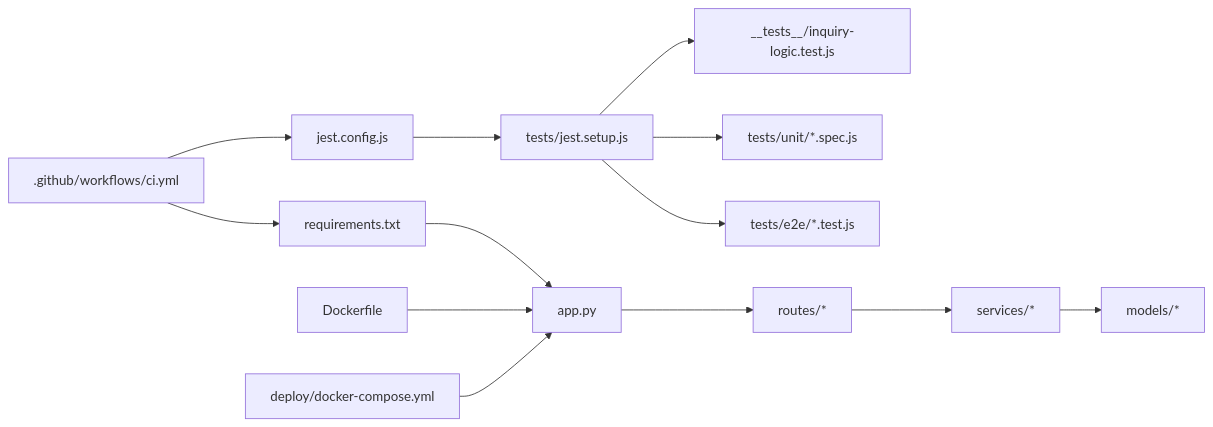
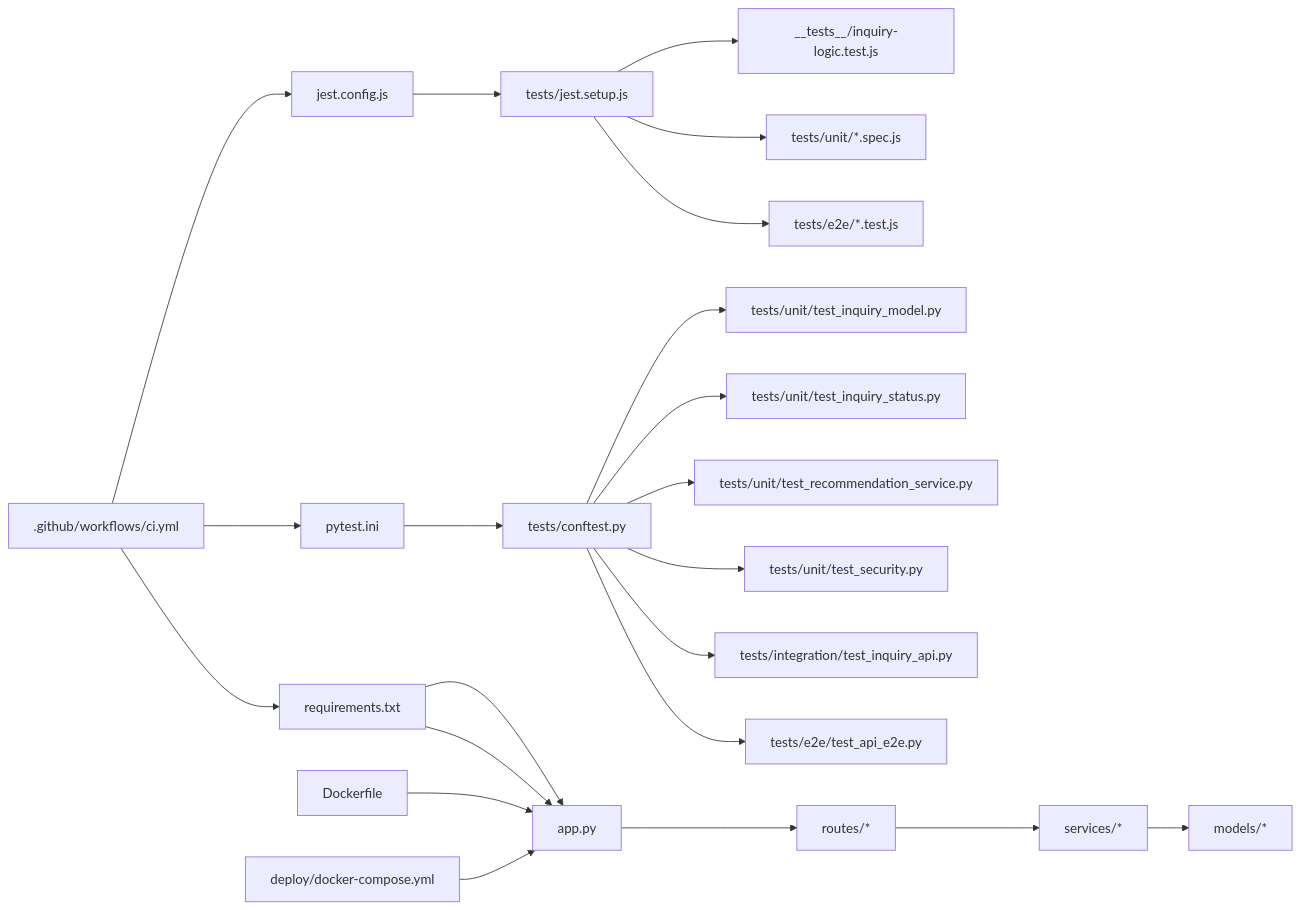
One commit to guyuefangyuanl/Over-the-counter-options changed the fourth of 4 diagrams in .qoder/repowiki/zh/content/开发指南/测试策略/测试策略.md. Above: the diagram before and after it, drawn with Mermaid. The commit also changed other lines of this file and 29 other files, not shown here.

````diff
--- a/.qoder/repowiki/zh/content/开发指南/测试策略/测试策略.md
+++ b/.qoder/repowiki/zh/content/开发指南/测试策略/测试策略.md
@@ -392,15 +503,24 @@
 ```mermaid
 graph LR
 JCFG["jest.config.js"] --> JSET["tests/jest.setup.js"]
 JSET --> JTST["__tests__/inquiry-logic.test.js"]
 JSET --> UTEST["tests/unit/*.spec.js"]
 JSET --> ETST["tests/e2e/*.test.js"]
 REQ["requirements.txt"] --> APP["app.py"]
+PYINI["pytest.ini"] --> CON["tests/conftest.py"]
+CON --> UT1["tests/unit/test_inquiry_model.py"]
+CON --> UT2["tests/unit/test_inquiry_status.py"]
+CON --> UT3["tests/unit/test_recommendation_service.py"]
+CON --> UT4["tests/unit/test_security.py"]
+CON --> INT["tests/integration/test_inquiry_api.py"]
+CON --> E2E["tests/e2e/test_api_e2e.py"]
+REQ --> APP
 APP --> RT["routes/*"]
 RT --> SVC["services/*"]
 SVC --> MOD["models/*"]
 GHA[".github/workflows/ci.yml"] --> JCFG
 GHA --> REQ
+GHA --> PYINI
 DCK["Dockerfile"] --> APP
 CMP["deploy/docker-compose.yml"] --> APP
 ```
````
